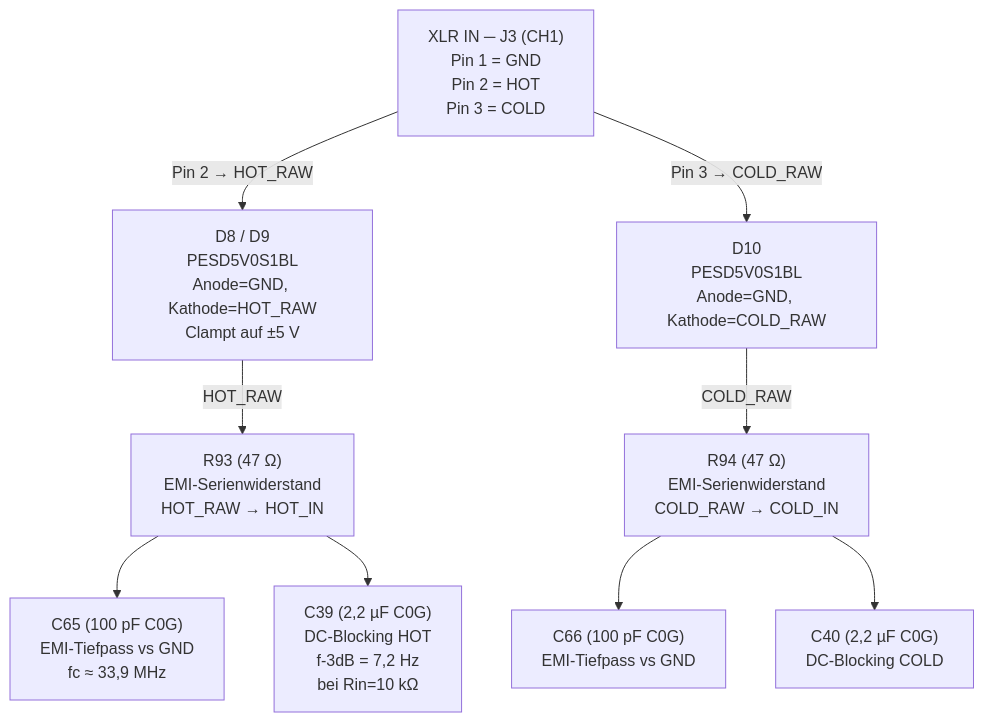
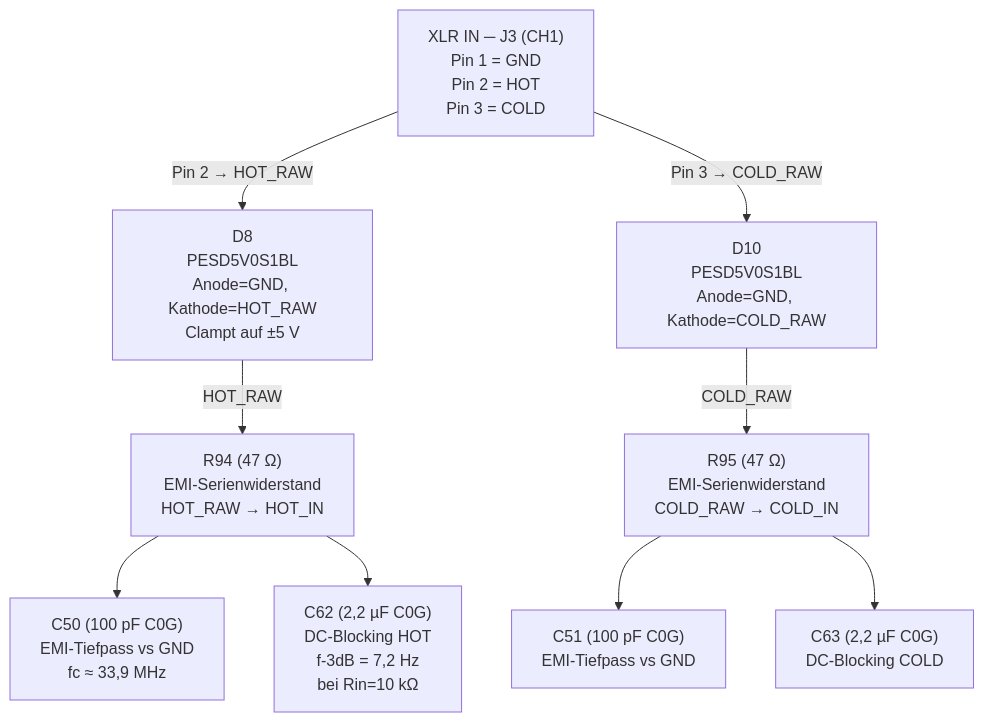
One commit to jpsamuelson/aurora-icepower-booster changed the third of 11 diagrams in README.md. Above: the diagram before and after it, drawn with Mermaid. The commit also changed other lines of this file, not shown here.

````diff
--- a/README.md
+++ b/README.md
@@ -102,16 +104,16 @@
 ```mermaid
 flowchart TD
     J["XLR IN ─ J3 (CH1)\nPin 1 = GND\nPin 2 = HOT\nPin 3 = COLD"]
 
-    J -->|"Pin 2 → HOT_RAW"| ESD_H["D8 / D9\nPESD5V0S1BL\nAnode=GND, Kathode=HOT_RAW\nClampt auf ±5 V"]
+    J -->|"Pin 2 → HOT_RAW"| ESD_H["D8\nPESD5V0S1BL\nAnode=GND, Kathode=HOT_RAW\nClampt auf ±5 V"]
     J -->|"Pin 3 → COLD_RAW"| ESD_C["D10\nPESD5V0S1BL\nAnode=GND, Kathode=COLD_RAW"]
 
-    ESD_H -->|"HOT_RAW"| R_H["R93 (47 Ω)\nEMI-Serienwiderstand\nHOT_RAW → HOT_IN"]
-    ESD_C -->|"COLD_RAW"| R_C["R94 (47 Ω)\nEMI-Serienwiderstand\nCOLD_RAW → COLD_IN"]
+    ESD_H -->|"HOT_RAW"| R_H["R94 (47 Ω)\nEMI-Serienwiderstand\nHOT_RAW → HOT_IN"]
+    ESD_C -->|"COLD_RAW"| R_C["R95 (47 Ω)\nEMI-Serienwiderstand\nCOLD_RAW → COLD_IN"]
 
-    R_H --> CP_H["C65 (100 pF C0G)\nEMI-Tiefpass vs GND\nfc ≈ 33,9 MHz"]
-    R_C --> CP_C["C66 (100 pF C0G)\nEMI-Tiefpass vs GND"]
+    R_H --> CP_H["C50 (100 pF C0G)\nEMI-Tiefpass vs GND\nfc ≈ 33,9 MHz"]
+    R_C --> CP_C["C51 (100 pF C0G)\nEMI-Tiefpass vs GND"]
 
-    R_H --> DCH["C39 (2,2 µF C0G)\nDC-Blocking HOT\nf-3dB = 7,2 Hz\nbei Rin=10 kΩ"]
-    R_C --> DCC["C40 (2,2 µF C0G)\nDC-Blocking COLD"]
+    R_H --> DCH["C62 (2,2 µF C0G)\nDC-Blocking HOT\nf-3dB = 7,2 Hz\nbei Rin=10 kΩ"]
+    R_C --> DCC["C63 (2,2 µF C0G)\nDC-Blocking COLD"]
 ```
````
